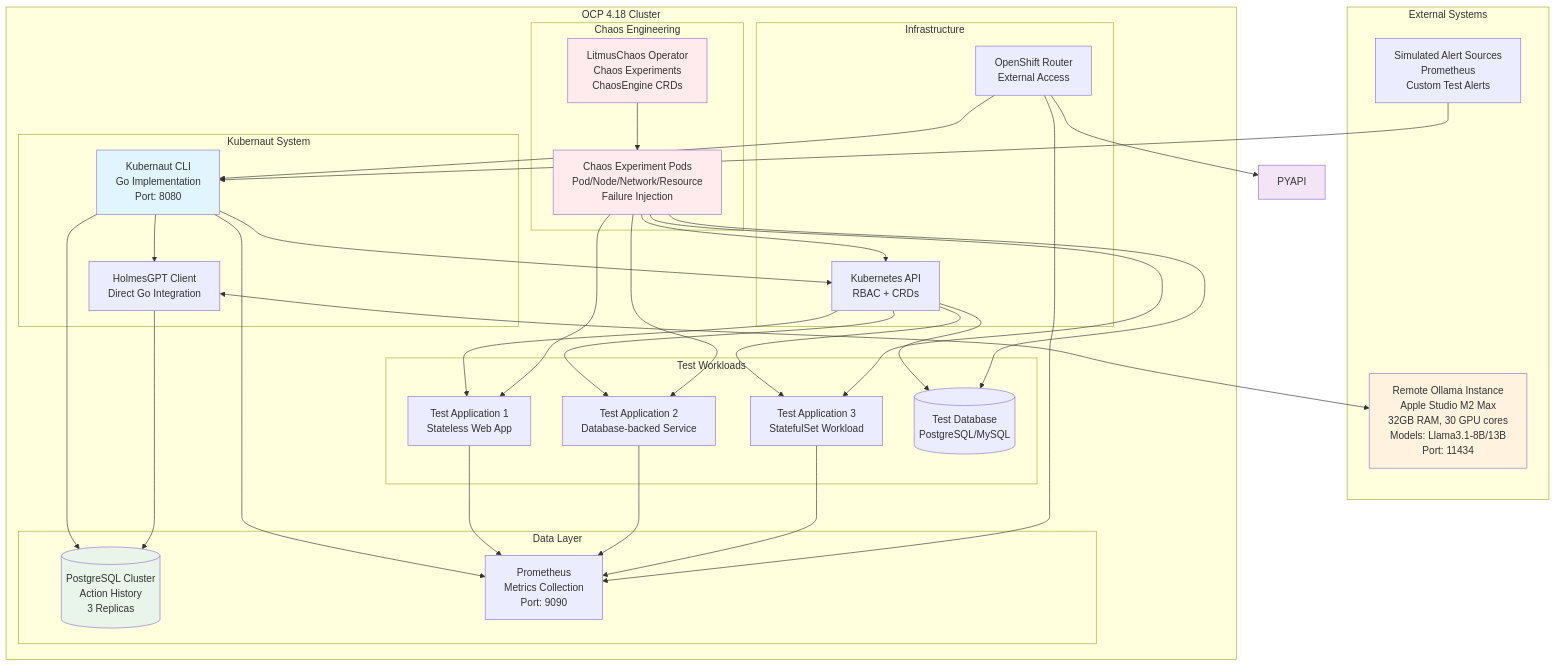
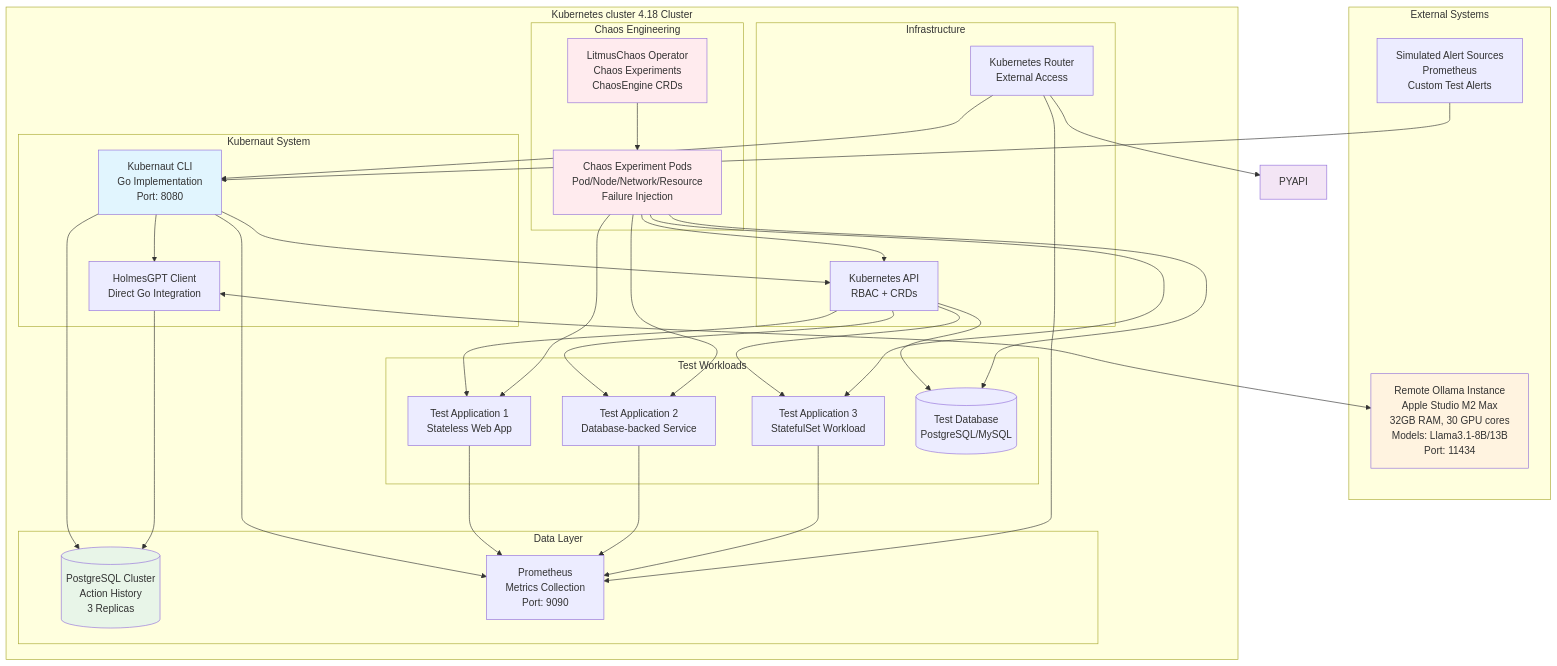
One commit to jordigilh/kubernaut changed the first of 2 diagrams in docs/development/E2E_TESTING_PLAN.md. Above: the diagram before and after it, drawn with Mermaid. The commit also changed other lines of this file and 504 other files, not shown here.

````diff
--- a/docs/development/E2E_TESTING_PLAN.md
+++ b/docs/development/E2E_TESTING_PLAN.md
@@ -115,78 +114,78 @@
 ```mermaid
 graph TB
     subgraph "External Systems"
         OLLAMA[Remote Ollama Instance<br/>Apple Studio M2 Max<br/>32GB RAM, 30 GPU cores<br/>Models: Llama3.1-8B/13B<br/>Port: 11434]
         ALERTS[Simulated Alert Sources<br/>Prometheus<br/>Custom Test Alerts]
     end
 
-    subgraph "OCP 4.18 Cluster"
+    subgraph "Kubernetes cluster 4.18 Cluster"
         subgraph "Kubernaut System"
             CLI[Kubernaut CLI<br/>Go Implementation<br/>Port: 8080]
             HGCLIENT[HolmesGPT Client<br/>Direct Go Integration]
         end
 
         subgraph "Data Layer"
             PG[(PostgreSQL Cluster<br/>Action History<br/>3 Replicas)]
             METRICS[Prometheus<br/>Metrics Collection<br/>Port: 9090]
         end
 
         subgraph "Chaos Engineering"
             LITMUS[LitmusChaos Operator<br/>Chaos Experiments<br/>ChaosEngine CRDs]
             CHAOS_PODS[Chaos Experiment Pods<br/>Pod/Node/Network/Resource<br/>Failure Injection]
         end
 
         subgraph "Test Workloads"
             APP1[Test Application 1<br/>Stateless Web App]
             APP2[Test Application 2<br/>Database-backed Service]
             APP3[Test Application 3<br/>StatefulSet Workload]
             DB_APP[(Test Database<br/>PostgreSQL/MySQL)]
         end
 
         subgraph "Infrastructure"
             K8S_API[Kubernetes API<br/>RBAC + CRDs]
-            INGRESS[OpenShift Router<br/>External Access]
+            INGRESS[Kubernetes Router<br/>External Access]
         end
     end
 
     %% External connections
     ALERTS --> CLI
     CLI --> HGCLIENT
     HGCLIENT <--> OLLAMA
 
     %% Data flow
     CLI --> PG
     CLI --> METRICS
     HGCLIENT --> PG
 
     %% Kubernetes operations
     CLI --> K8S_API
     K8S_API --> APP1
     K8S_API --> APP2
     K8S_API --> APP3
     K8S_API --> DB_APP
 
     %% Chaos engineering
     LITMUS --> CHAOS_PODS
     CHAOS_PODS --> APP1
     CHAOS_PODS --> APP2
     CHAOS_PODS --> APP3
     CHAOS_PODS --> DB_APP
     CHAOS_PODS --> K8S_API
 
     %% Monitoring
     APP1 --> METRICS
     APP2 --> METRICS
     APP3 --> METRICS
 
     %% External access
     INGRESS --> CLI
     INGRESS --> PYAPI
     INGRESS --> METRICS
 
     style CLI fill:#e1f5fe
     style PYAPI fill:#f3e5f5
     style OLLAMA fill:#fff3e0
     style PG fill:#e8f5e8
     style LITMUS fill:#ffebee
     style CHAOS_PODS fill:#ffebee
 ```
````
